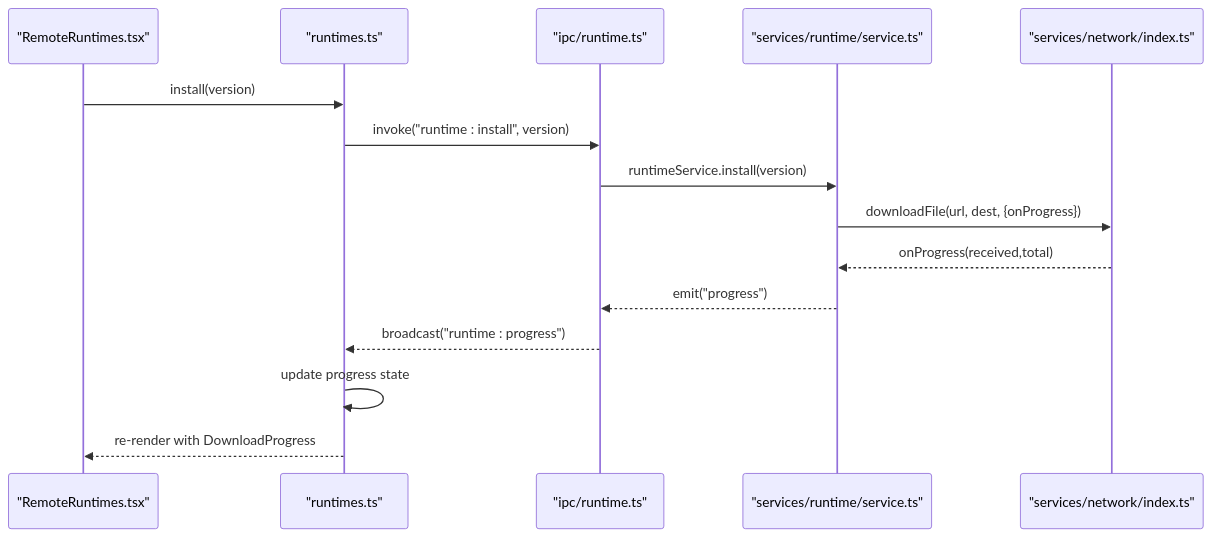
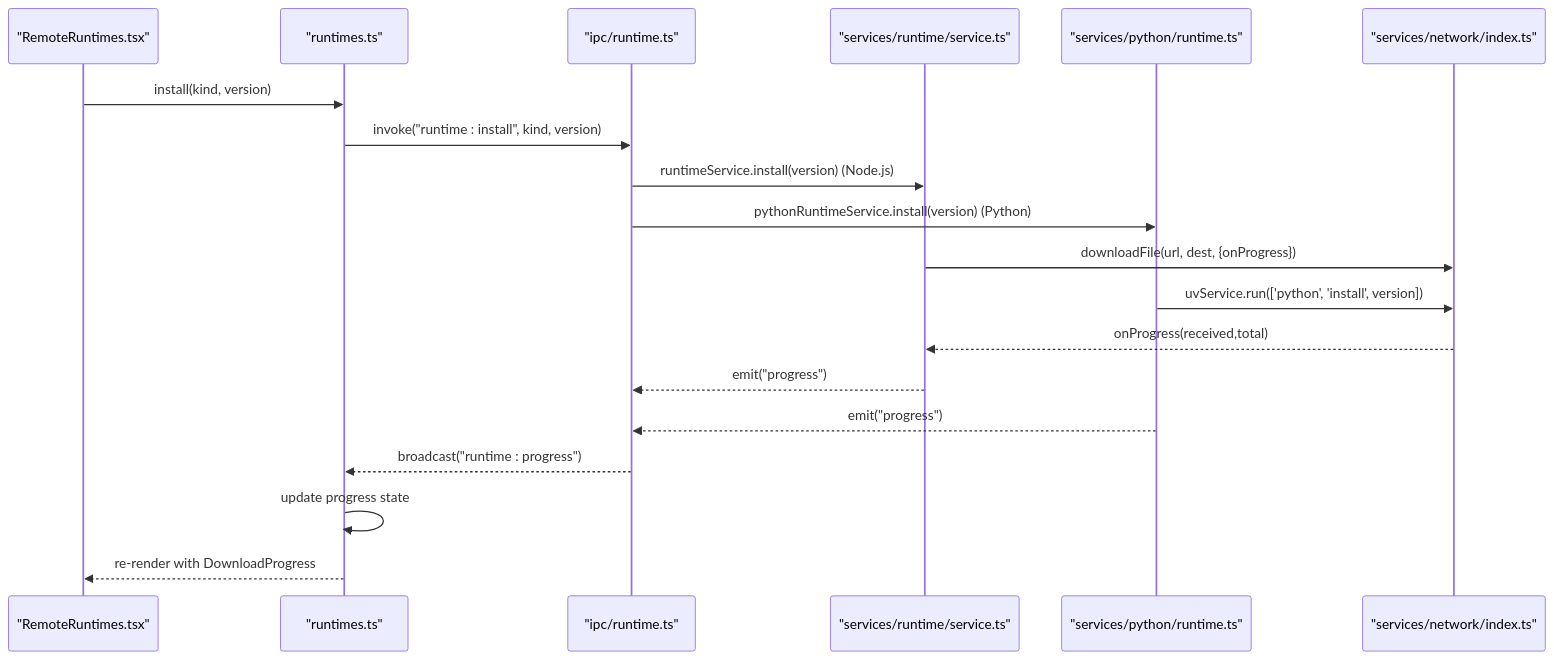
Before and after one commit to hozeeee/script-box: the second of 6 diagrams in .qoder/repowiki/zh/content/前端应用架构/页面组件/运行时管理页面.md, drawn with Mermaid. The commit also changed other lines of this file and 6 other files, not shown here.

First line of the commit message:
feat(runtime): 支持多运行时管理，新增 Python 运行时支持

````diff
--- a/.qoder/repowiki/zh/content/前端应用架构/页面组件/运行时管理页面.md
+++ b/.qoder/repowiki/zh/content/前端应用架构/页面组件/运行时管理页面.md
@@ -122,17 +125,21 @@
 ```mermaid
 sequenceDiagram
 participant UI as "RemoteRuntimes.tsx"
 participant Store as "runtimes.ts"
 participant IPC as "ipc/runtime.ts"
 participant SVC as "services/runtime/service.ts"
+participant PYC as "services/python/runtime.ts"
 participant NET as "services/network/index.ts"
-UI->>Store : install(version)
-Store->>IPC : invoke("runtime : install", version)
-IPC->>SVC : runtimeService.install(version)
+UI->>Store : install(kind, version)
+Store->>IPC : invoke("runtime : install", kind, version)
+IPC->>SVC : runtimeService.install(version) (Node.js)
+IPC->>PYC : pythonRuntimeService.install(version) (Python)
 SVC->>NET : downloadFile(url, dest, {onProgress})
+PYC->>NET : uvService.run(['python', 'install', version])
 NET-->>SVC : onProgress(received,total)
 SVC-->>IPC : emit("progress")
+PYC-->>IPC : emit("progress")
 IPC-->>Store : broadcast("runtime : progress")
 Store->>Store : update progress state
 Store-->>UI : re-render with DownloadProgress
 ```
````
